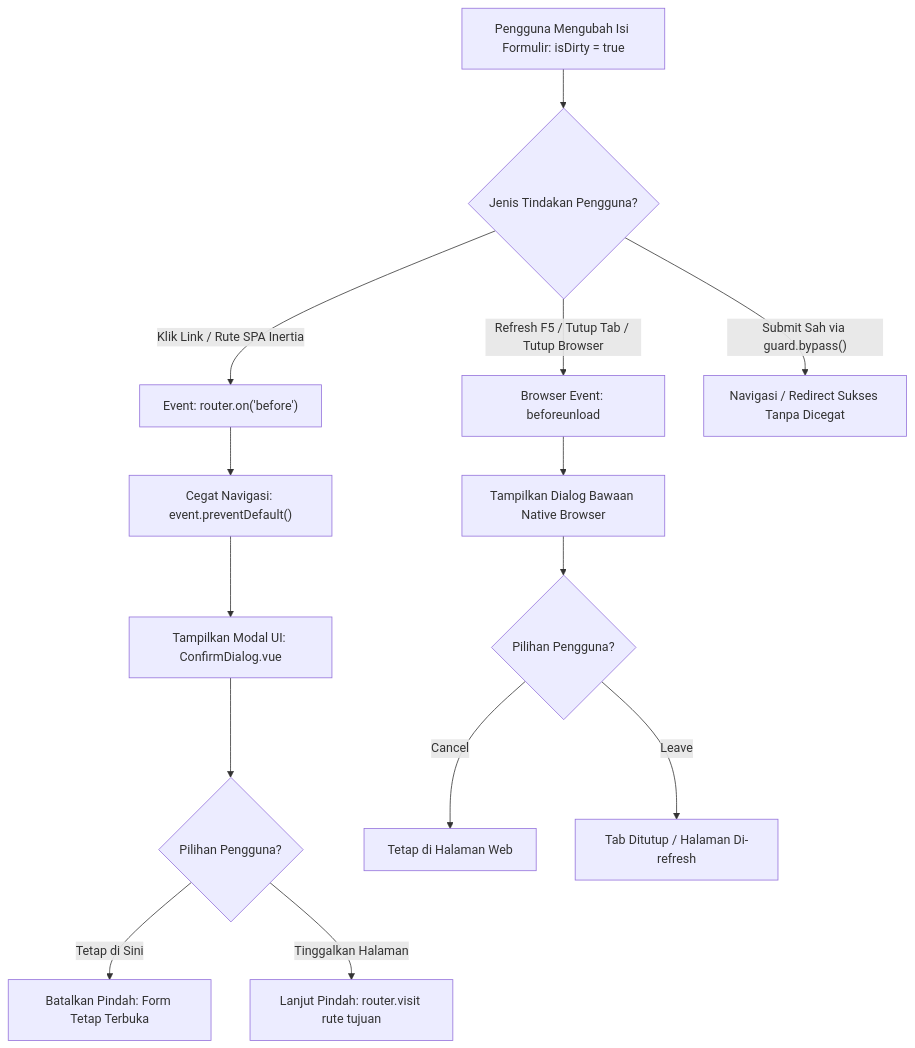
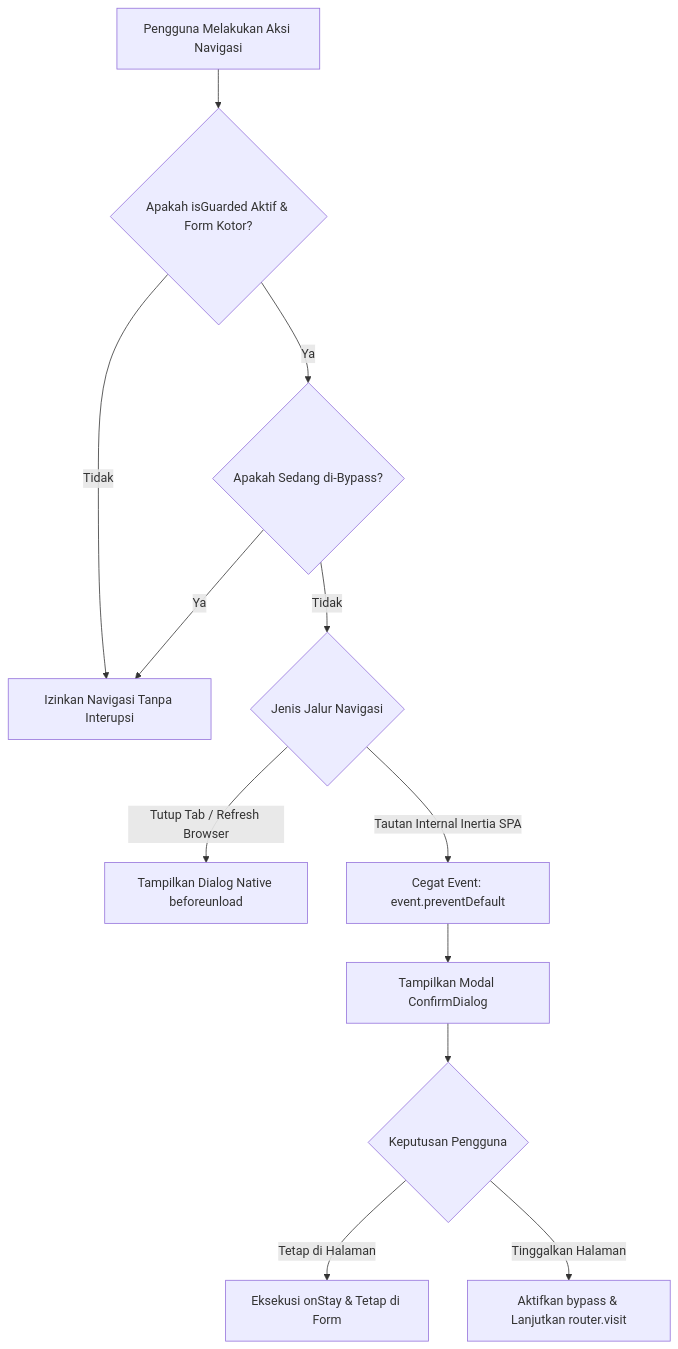
One commit to Chandra2004/laravel-pack-ui changed the diagram in doc/composables/use-unsaved-changes.md. Above: the diagram before and after it, drawn with Mermaid. The commit also changed other lines of this file and 164 other files, not shown here.

First line of the commit message:
feat(release): v2.0.0 major release - enterprise UI kit, compound architecture & composables

````diff
--- a/doc/composables/use-unsaved-changes.md
+++ b/doc/composables/use-unsaved-changes.md
@@ -15,19 +81,14 @@
 ```mermaid
 flowchart TD
-    A["Pengguna Mengubah Isi Formulir: isDirty = true"] --> B{"Jenis Tindakan Pengguna?"}
-    
-    B -- "Klik Link / Rute SPA Inertia" --> C["Event: router.on('before')"]
-    C --> D["Cegat Navigasi: event.preventDefault()"]
-    D --> E["Tampilkan Modal UI: ConfirmDialog.vue"]
-    E --> F{"Pilihan Pengguna?"}
-    F -- "Tetap di Sini" --> G["Batalkan Pindah: Form Tetap Terbuka"]
-    F -- "Tinggalkan Halaman" --> H["Lanjut Pindah: router.visit rute tujuan"]
-
-    B -- "Refresh F5 / Tutup Tab / Tutup Browser" --> I["Browser Event: beforeunload"]
-    I --> J["Tampilkan Dialog Bawaan Native Browser"]
-    J --> K{"Pilihan Pengguna?"}
-    K -- "Cancel" --> L["Tetap di Halaman Web"]
-    K -- "Leave" --> M["Tab Ditutup / Halaman Di-refresh"]
-
-    B -- "Submit Sah via guard.bypass()" --> N["Navigasi / Redirect Sukses Tanpa Dicegat"]
+    A[Pengguna Melakukan Aksi Navigasi] --> B{Apakah isGuarded Aktif & Form Kotor?}
+    B -->|Tidak| C[Izinkan Navigasi Tanpa Interupsi]
+    B -->|Ya| D{Apakah Sedang di-Bypass?}
+    D -->|Ya| C
+    D -->|Tidak| E{Jenis Jalur Navigasi}
+    E -->|Tutup Tab / Refresh Browser| F[Tampilkan Dialog Native beforeunload]
+    E -->|Tautan Internal Inertia SPA| G[Cegat Event: event.preventDefault]
+    G --> H[Tampilkan Modal ConfirmDialog]
+    H --> I{Keputusan Pengguna}
+    I -->|Tetap di Halaman| J[Eksekusi onStay & Tetap di Form]
+    I -->|Tinggalkan Halaman| K[Aktifkan bypass & Lanjutkan router.visit]
 ```
````
